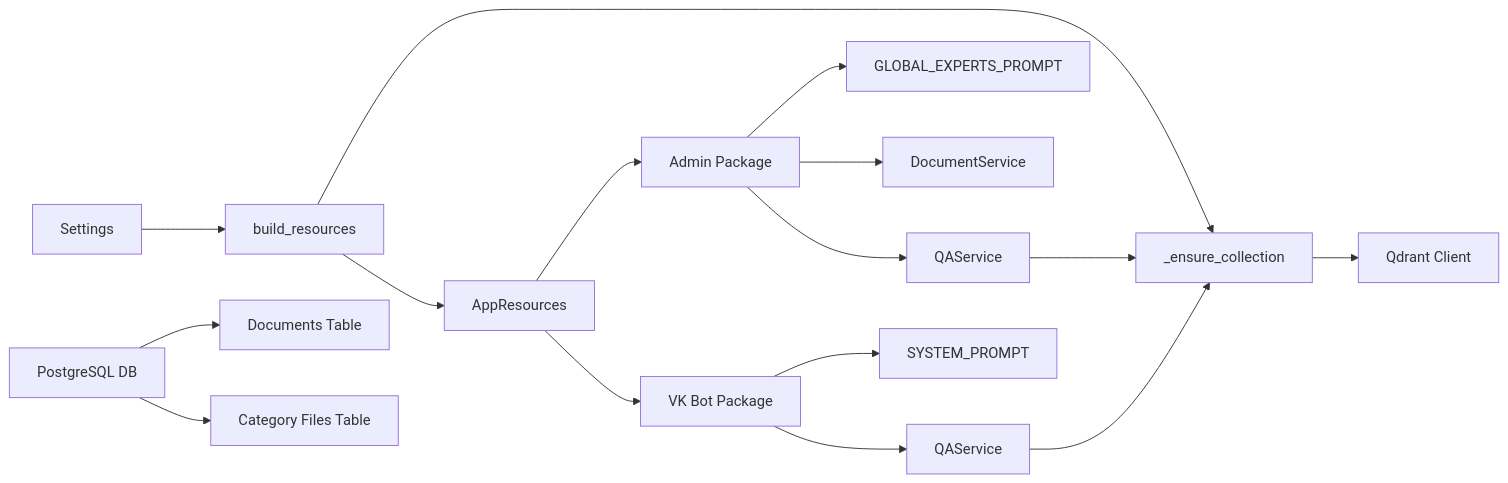
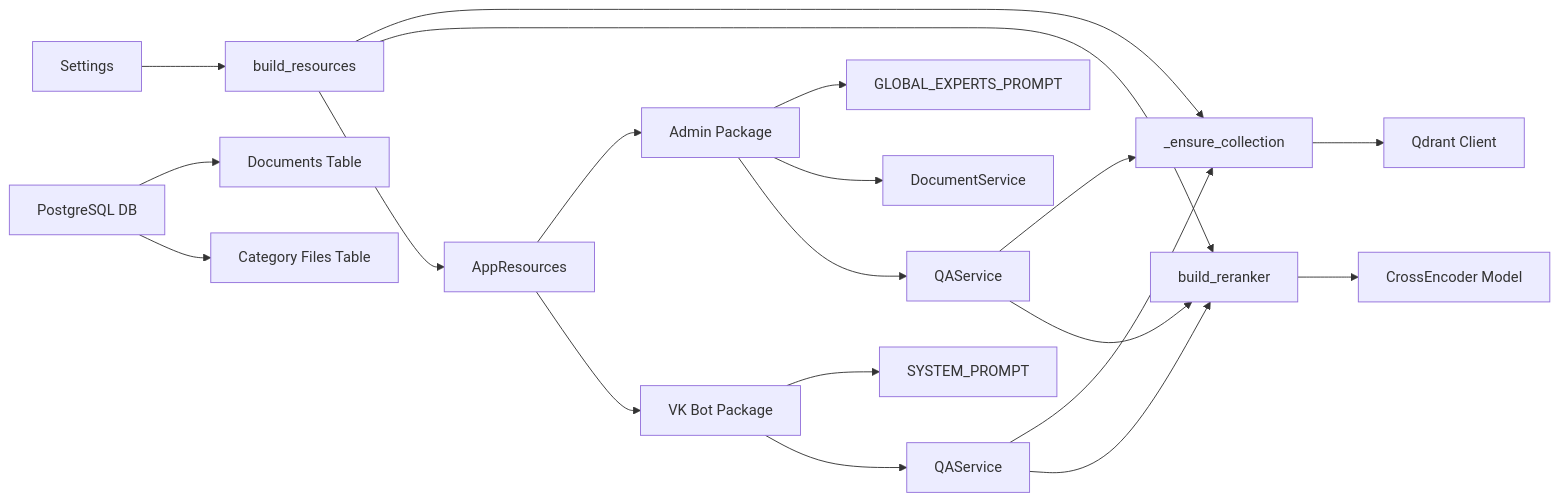
Before and after one commit to ognelis/cafetera_hr_bot: the eighth of 8 diagrams in .qoder/repowiki/en/content/API Reference/Resource Management System.md, drawn with Mermaid. The commit also changed other lines of this file and 6 other files, not shown here.

````diff
--- a/.qoder/repowiki/en/content/API Reference/Resource Management System.md
+++ b/.qoder/repowiki/en/content/API Reference/Resource Management System.md
@@ -458,18 +525,22 @@
 ```mermaid
 graph LR
 Config[Settings] --> Factory[build_resources]
 Factory --> CollMgr[_ensure_collection]
+Factory --> Reranker[build_reranker]
 Factory --> AppRes[AppResources]
 AppRes --> Admin[Admin Package]
 AppRes --> VKBot[VK Bot Package]
 Admin --> AdminPrompt[GLOBAL_EXPERTS_PROMPT]
 Admin --> AdminSvc[DocumentService]
 Admin --> AdminQA[QAService]
 VKBot --> VKPrompt[SYSTEM_PROMPT]
 VKBot --> VKQA[QAService]
 AdminQA --> CollMgr
+AdminQA --> Reranker
 VKQA --> CollMgr
+VKQA --> Reranker
 CollMgr --> Qdrant[Qdrant Client]
+Reranker --> CrossEncoder[CrossEncoder Model]
 PG[PostgreSQL DB] --> Documents[Documents Table]
 PG --> Categories[Category Files Table]
 ```
````
